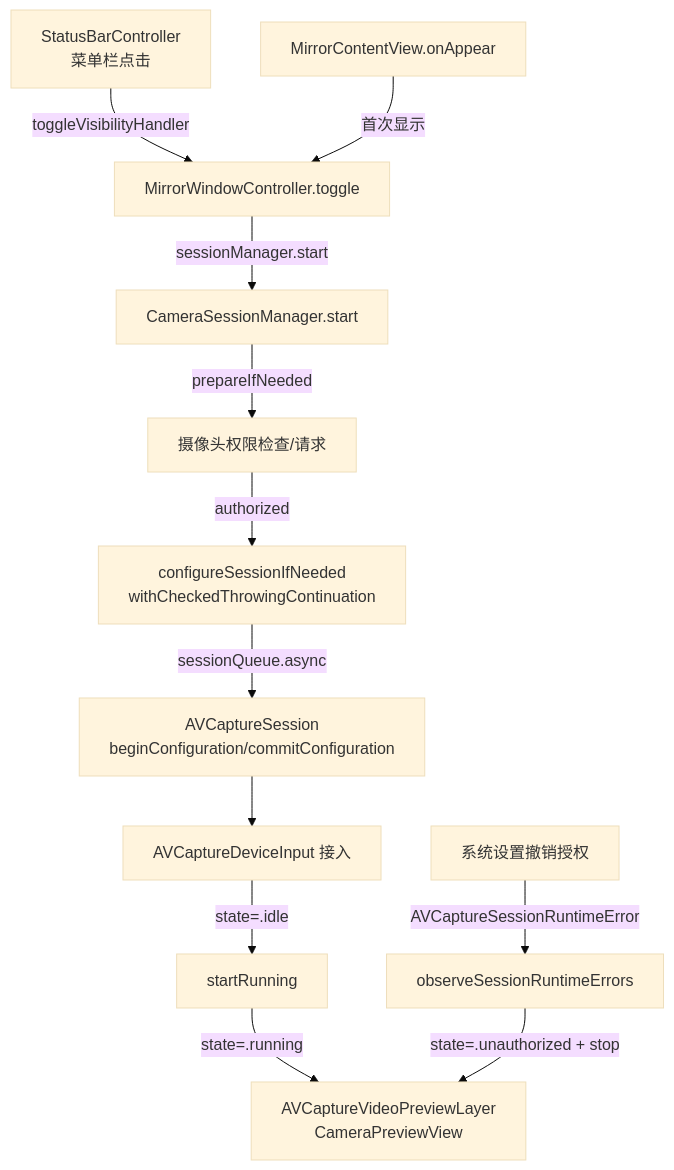
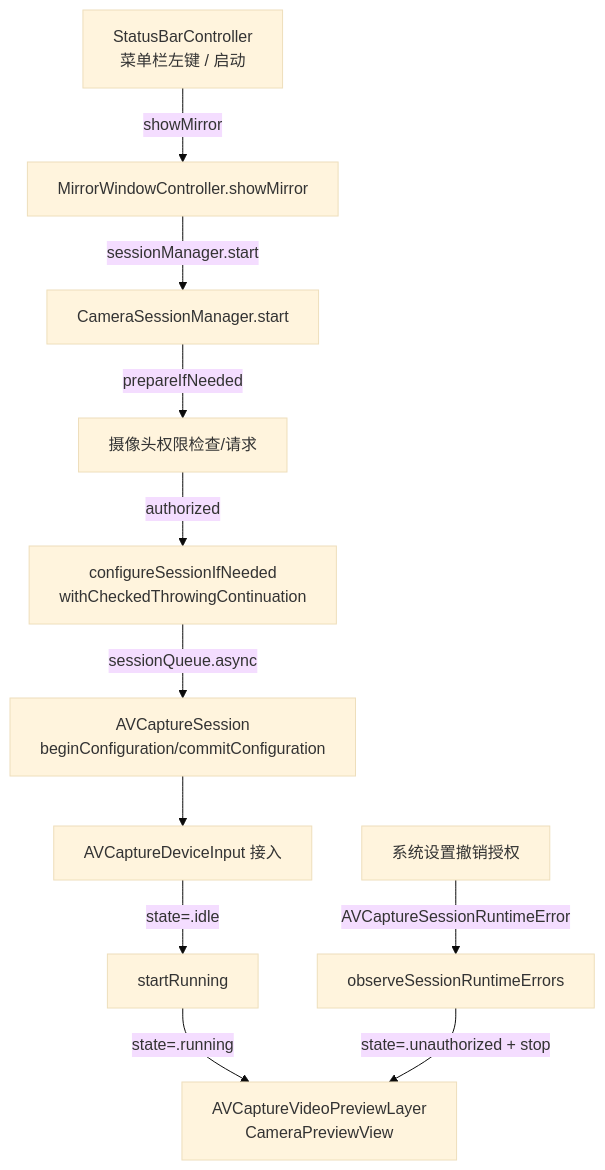
One commit to x0c/Mirror changed the first of 2 diagrams in docs/CAMERA_SESSION_KNOWLEDGE_BASE.md. Above: the diagram before and after it, drawn with Mermaid (base theme). The commit also changed other lines of this file and 8 other files, not shown here.

````diff
--- a/docs/CAMERA_SESSION_KNOWLEDGE_BASE.md
+++ b/docs/CAMERA_SESSION_KNOWLEDGE_BASE.md
@@ -42,14 +42,13 @@
 ```mermaid
 graph TD
-    A[StatusBarController<br/>菜单栏点击] -->|toggleVisibilityHandler| B[MirrorWindowController.toggle]
-    C[MirrorContentView.onAppear] -->|首次显示| B
+    A[StatusBarController<br/>菜单栏左键 / 启动] -->|showMirror| B[MirrorWindowController.showMirror]
     B -->|sessionManager.start| D[CameraSessionManager.start]
     D -->|prepareIfNeeded| E[摄像头权限检查/请求]
     E -->|authorized| F[configureSessionIfNeeded<br/>withCheckedThrowingContinuation]
     F -->|sessionQueue.async| G[AVCaptureSession<br/>beginConfiguration/commitConfiguration]
     G --> H[AVCaptureDeviceInput 接入]
     H -->|state=.idle| I[startRunning]
     I -->|state=.running| J[AVCaptureVideoPreviewLayer<br/>CameraPreviewView]
     K[系统设置撤销授权] -->|AVCaptureSessionRuntimeError| L[observeSessionRuntimeErrors]
     L -->|state=.unauthorized + stop| J
 ```
````
